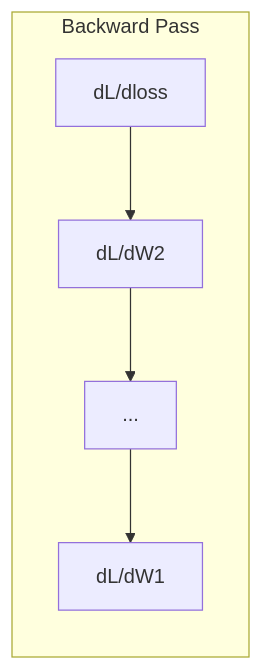
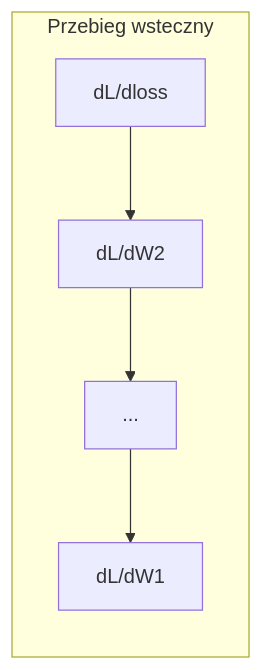
Before and after one commit to tarze07/LLM_Traning: the fourth of 4 diagrams in phases/01-math-foundations/04-calculus-for-ml/docs/pl.md, drawn with Mermaid. The commit also changed other lines of this file, not shown here.

````diff
--- a/phases/01-math-foundations/04-calculus-for-ml/docs/pl.md
+++ b/phases/01-math-foundations/04-calculus-for-ml/docs/pl.md
@@ -386,6 +378,6 @@
 ```mermaid
 graph RL
-    subgraph Backward["Backward Pass"]
+    subgraph Backward["Przebieg wsteczny"]
         dL["dL/dloss"] --> dW2["dL/dW2"] --> d2["..."] --> dW1["dL/dW1"]
     end
 ```
````
